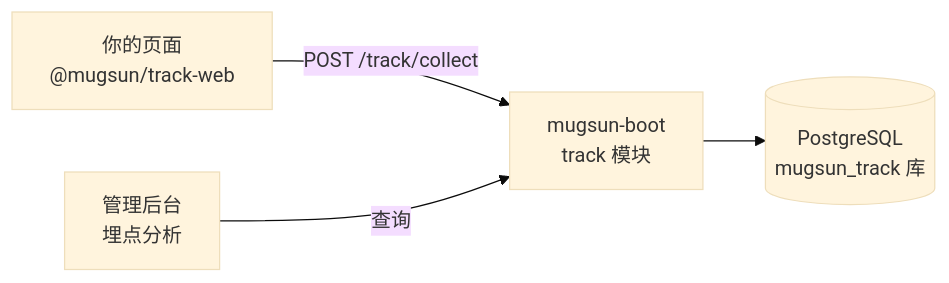
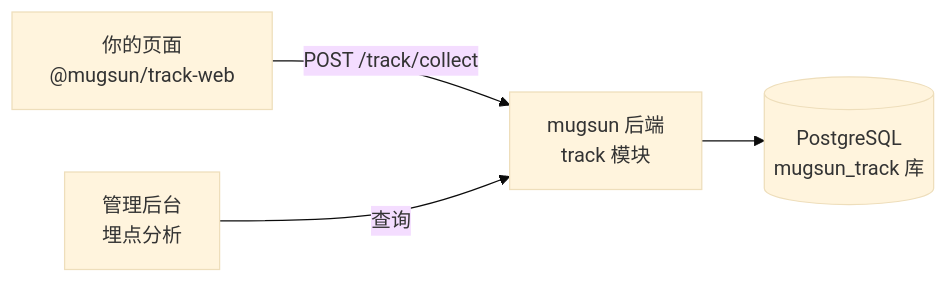
Before and after one commit to mugsun/mugsun-track: the diagram in README.md, drawn with Mermaid (base theme). The commit also changed other lines of this file and 2 other files, not shown here.

First line of the commit message:
docs(readme): 开头不再说自己的服务器，后端写上 mugsun-cloud

````diff
--- a/README.md
+++ b/README.md
@@ -127,11 +127,11 @@
 ```mermaid
 flowchart LR
     PAGE["你的页面<br/>@mugsun/track-web"]
-    BOOT["mugsun-boot<br/>track 模块"]
+    BOOT["mugsun 后端<br/>track 模块"]
     PG[("PostgreSQL<br/>mugsun_track 库")]
     PC["管理后台<br/>埋点分析"]
 
     PAGE -->|"POST /track/collect"| BOOT
     BOOT --> PG
     PC -->|"查询"| BOOT
 ```
````
